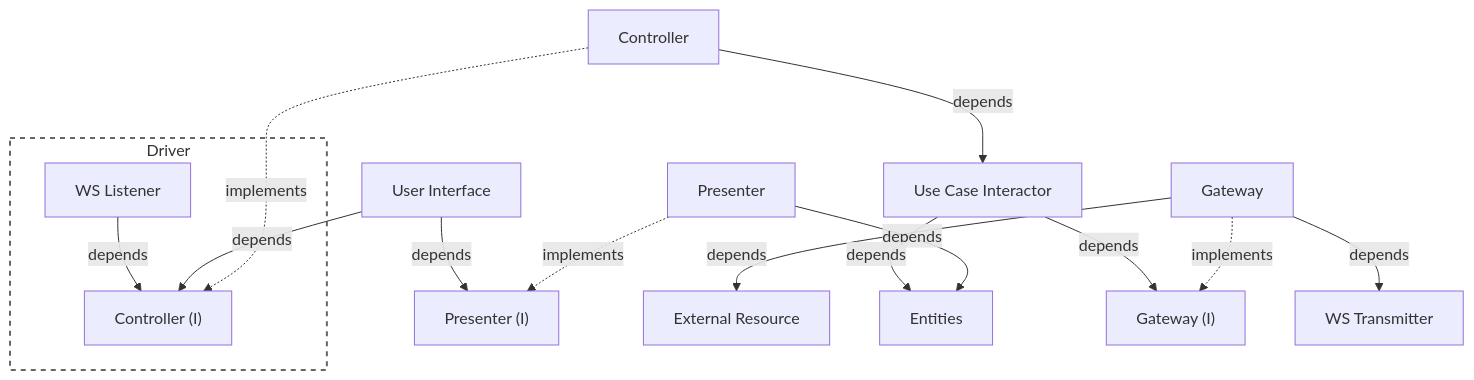
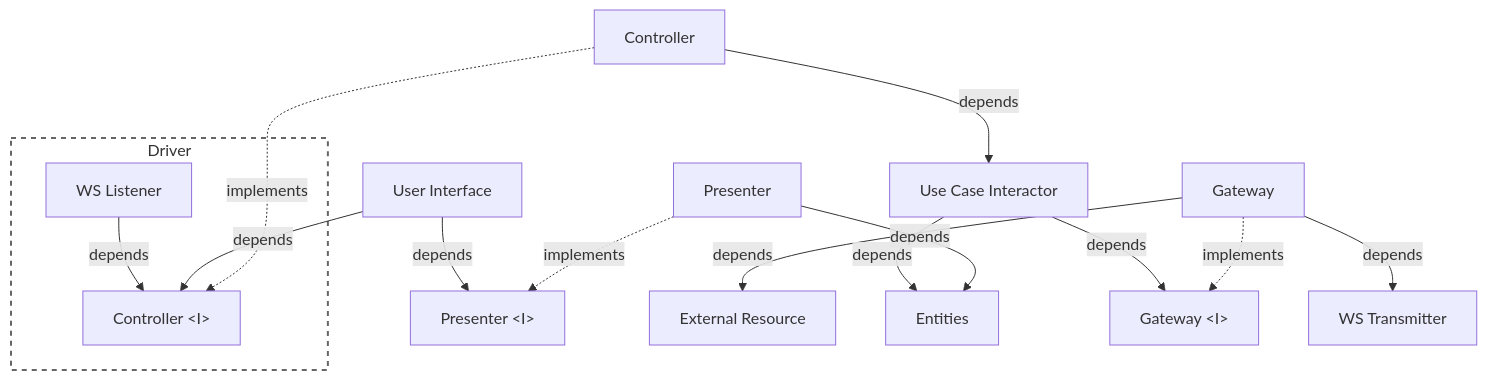
Diagram 14 of 16 in docs/architecture.md (clean-reactive/documentation), drawn with Mermaid before and after one commit. The commit also changed other lines of this file, not shown here.

Commit message:
Architecture: fix mermaid <>

````diff
--- a/docs/architecture.md
+++ b/docs/architecture.md
@@ -926,39 +926,39 @@
 ```mermaid
 graph TD
 
 
 subgraph D1["Driver"]
 WSL["WS Listener"]
-CI["Controller (I)"]
+CI["Controller &lt;I&gt;"]
 end
 
-UI[User Interface]
-PI["Presenter (I)"]
-G[Gateway]
-ER[External Resource]
-E[Entities]
-P[Presenter]
-C[Controller]
-GI["Gateway (I)"]
-UC[Use Case Interactor]
-WST[WS Transmitter]
+UI["User Interface"]
+PI["Presenter &lt;I&gt;"]
+G["Gateway"]
+ER["External Resource"]
+E["Entities"]
+P["Presenter"]
+C["Controller"]
+GI["Gateway &lt;I&gt;"]
+UC["Use Case Interactor"]
+WST["WS Transmitter"]
 
 %% implementation relation
 P -. implements .-> PI
 C -. implements .-> CI
 G -. implements .-> GI
 
 %% dependency relation
 UI -- depends --> PI
 UI -- depends --> CI
 C -- depends --> UC
 P -- depends --> E
 UC -- depends --> E
 UC -- depends --> GI
 G -- depends --> ER
 G -- depends --> WST
 WSL -- depends --> CI
 
 classDef driver fill:none,stroke:#666,stroke-width:2px,stroke-dasharray: 5 5;
 class D1 driver;
 ```
````
